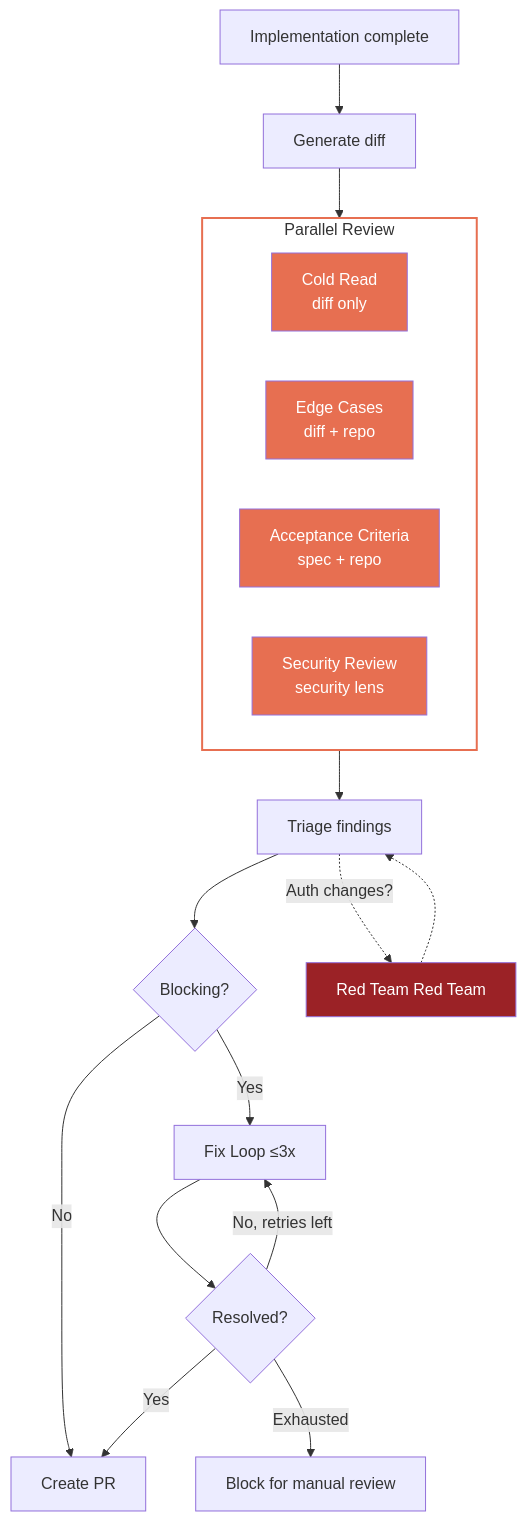
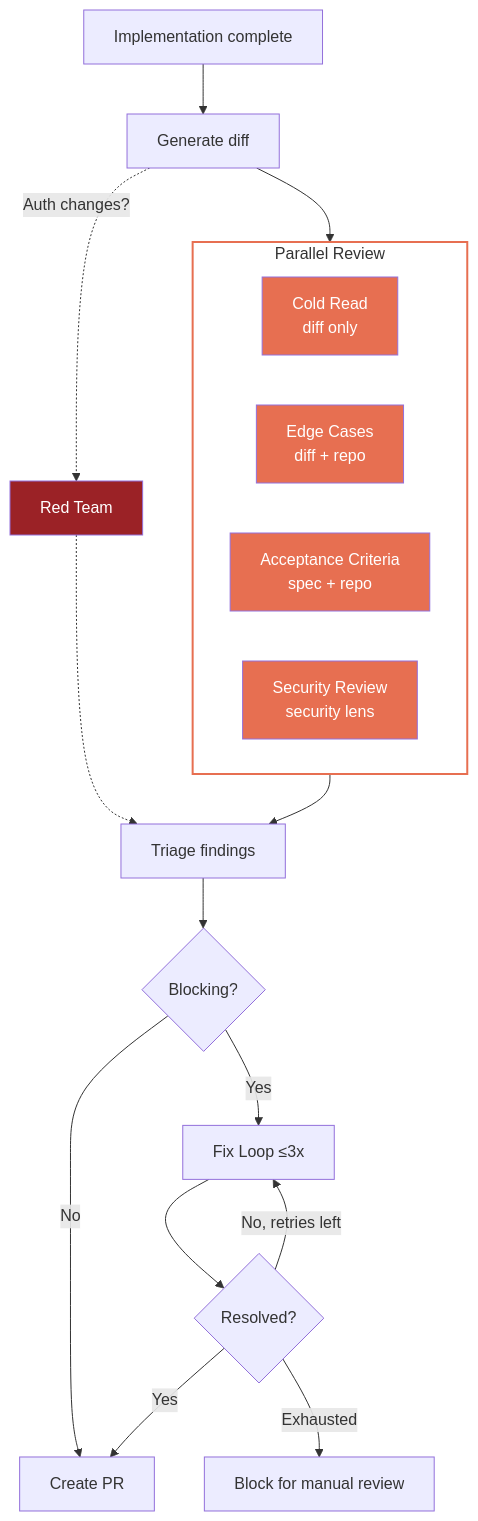
One commit to jamescrowley321/identity-stack-planning changed the diagram in docs/review-process.md. Above: the diagram before and after it, drawn with Mermaid. The commit also changed other lines of this file and 26 other files, not shown here.

````diff
--- a/docs/review-process.md
+++ b/docs/review-process.md
@@ -105,31 +105,31 @@
 ```mermaid
 flowchart TD
     IMPL[Implementation complete] --> DIFF[Generate diff]
 
     subgraph reviewers["Parallel Review"]
         BH[Cold Read<br/>diff only]
         ECH[Edge Cases<br/>diff + repo]
         AA[Acceptance Criteria<br/>spec + repo]
         SEN[Security Review<br/>security lens]
     end
 
     DIFF --> reviewers
     reviewers --> TRIAGE[Triage findings]
 
     TRIAGE --> CHECK{Blocking?}
     CHECK -->|No| PR[Create PR]
     CHECK -->|Yes| FIX[Fix Loop ≤3x]
     FIX --> RECHECK{Resolved?}
     RECHECK -->|Yes| PR
     RECHECK -->|No, retries left| FIX
     RECHECK -->|Exhausted| BLOCK[Block for manual review]
 
-    TRIAGE -.->|Auth changes?| VIP[Red Team Red Team] -.-> TRIAGE
+    DIFF -.->|Auth changes?| VIP[Red Team] -.-> TRIAGE
 
     style BH fill:#e76f51,color:#fff
     style ECH fill:#e76f51,color:#fff
     style AA fill:#e76f51,color:#fff
     style SEN fill:#e76f51,color:#fff
     style reviewers fill:none,stroke:#e76f51,stroke-width:2px
     style VIP fill:#9b2226,color:#fff
 ```
````
